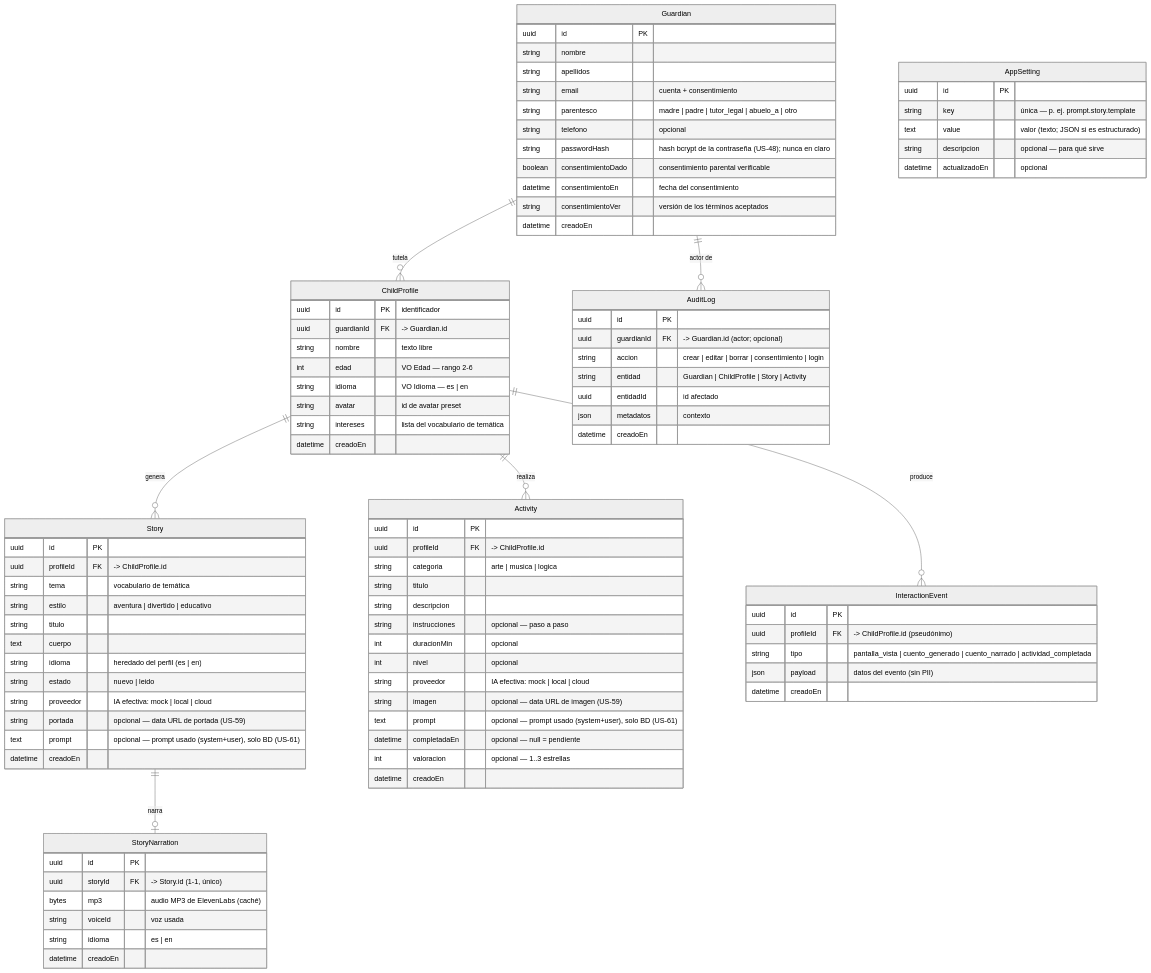
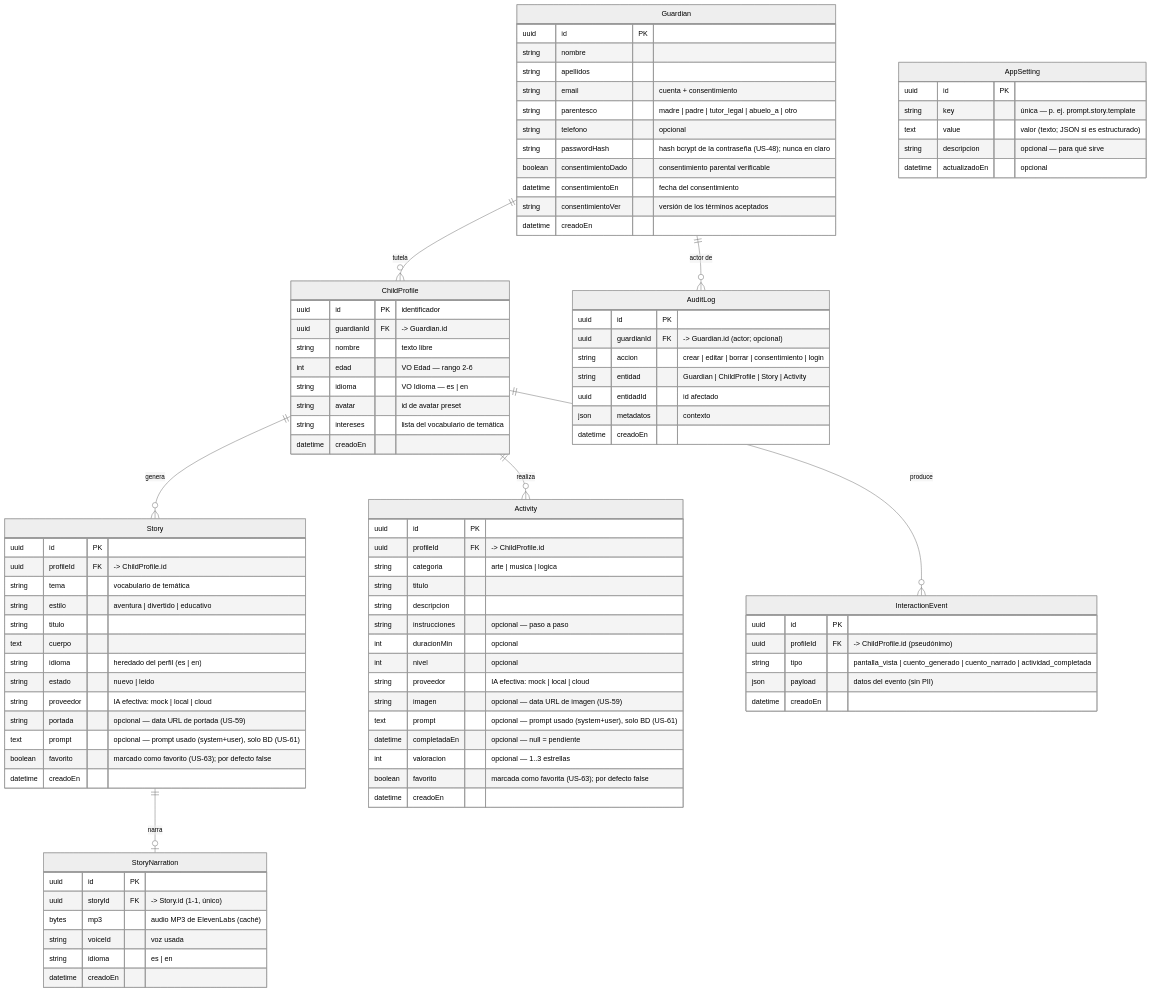
One commit to Mithor86-2/magyblobapp changed the diagram in Docs/modelo-datos.md. Above: the diagram before and after it, drawn with Mermaid (neutral theme). The commit also changed other lines of this file and 2 other files, not shown here.

```diff
--- a/Docs/modelo-datos.md
+++ b/Docs/modelo-datos.md
@@ -57,6 +57,7 @@
         string   proveedor "IA efectiva: mock | local | cloud"
         string   portada   "opcional — data URL de portada (US-59)"
         text     prompt    "opcional — prompt usado (system+user), solo BD (US-61)"
+        boolean  favorito  "marcado como favorito (US-63); por defecto false"
         datetime creadoEn
     }
 
@@ -83,6 +84,7 @@
         text     prompt      "opcional — prompt usado (system+user), solo BD (US-61)"
         datetime completadaEn "opcional — null = pendiente"
         int      valoracion  "opcional — 1..3 estrellas"
+        boolean  favorito    "marcada como favorita (US-63); por defecto false"
         datetime creadoEn
     }
 
```
